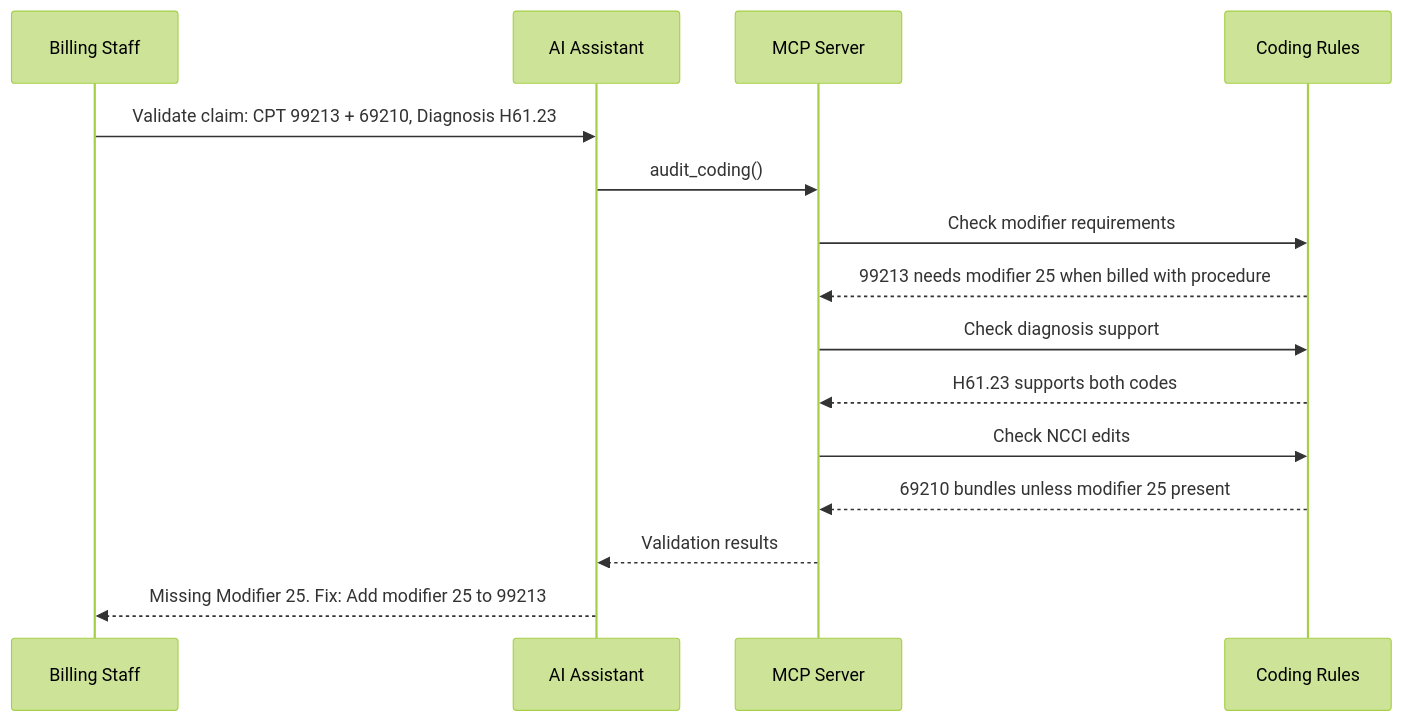
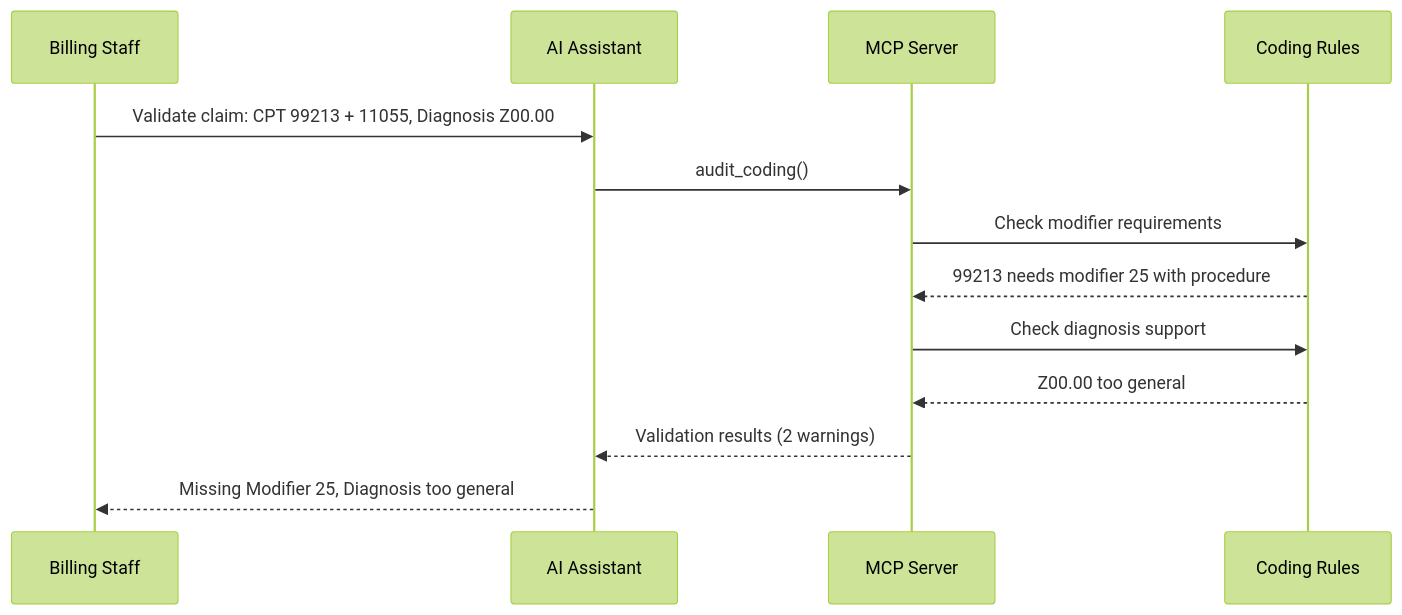
One commit to caverac/rcm changed the diagram in packages/docs/docs/workflows/coding-validation.md. Above: the diagram before and after it, drawn with Mermaid (forest theme). The commit also changed other lines of this file and 29 other files, not shown here.

Commit message:
fix(shared-types): updated schemas

````diff
--- a/packages/docs/docs/workflows/coding-validation.md
+++ b/packages/docs/docs/workflows/coding-validation.md
@@ -21,24 +96,21 @@
 ```mermaid
 sequenceDiagram
     participant User as Billing Staff
     participant AI as AI Assistant
     participant MCP as MCP Server
     participant DB as Coding Rules
 
-    User->>AI: Validate claim: CPT 99213 + 69210, Diagnosis H61.23
+    User->>AI: Validate claim: CPT 99213 + 11055, Diagnosis Z00.00
 
     AI->>MCP: audit_coding()
 
     MCP->>DB: Check modifier requirements
-    DB-->>MCP: 99213 needs modifier 25 when billed with procedure
+    DB-->>MCP: 99213 needs modifier 25 with procedure
 
     MCP->>DB: Check diagnosis support
-    DB-->>MCP: H61.23 supports both codes
+    DB-->>MCP: Z00.00 too general
 
-    MCP->>DB: Check NCCI edits
-    DB-->>MCP: 69210 bundles unless modifier 25 present
+    MCP-->>AI: Validation results (2 warnings)
 
-    MCP-->>AI: Validation results
-
-    AI-->>User: Missing Modifier 25. Fix: Add modifier 25 to 99213
+    AI-->>User: Missing Modifier 25, Diagnosis too general
 ```
````
